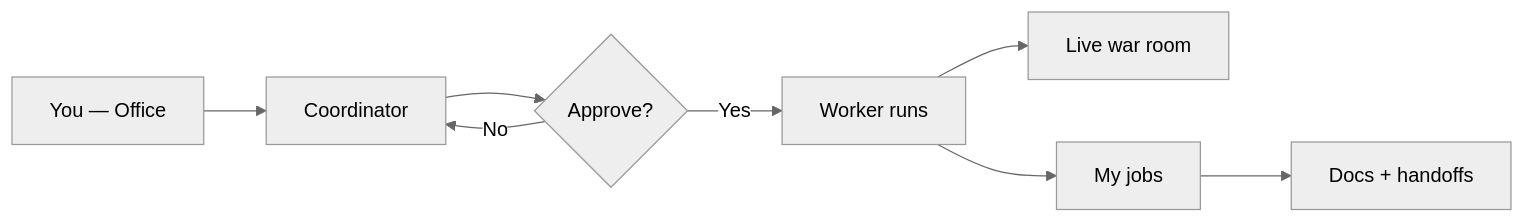
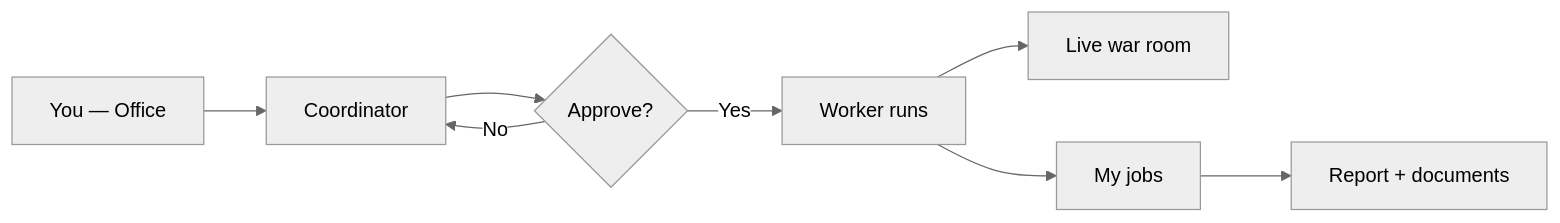
The diagram in frontend/src/content/help/guia-oficina.en.md (kreodevs/ia-company), drawn with Mermaid (neutral theme) before and after one commit. The commit also changed other lines of this file and 21 other files, not shown here.

````diff
--- a/frontend/src/content/help/guia-oficina.en.md
+++ b/frontend/src/content/help/guia-oficina.en.md
@@ -19,10 +20,10 @@
 ```mermaid
 flowchart LR
   A[You — Office] --> B[Coordinator]
   B --> C{Approve?}
   C -->|Yes| D[Worker runs]
   C -->|No| B
   D --> E[Live war room]
   D --> F[My jobs]
-  F --> G[Docs + handoffs]
+  F --> G[Report + documents]
 ```
````
